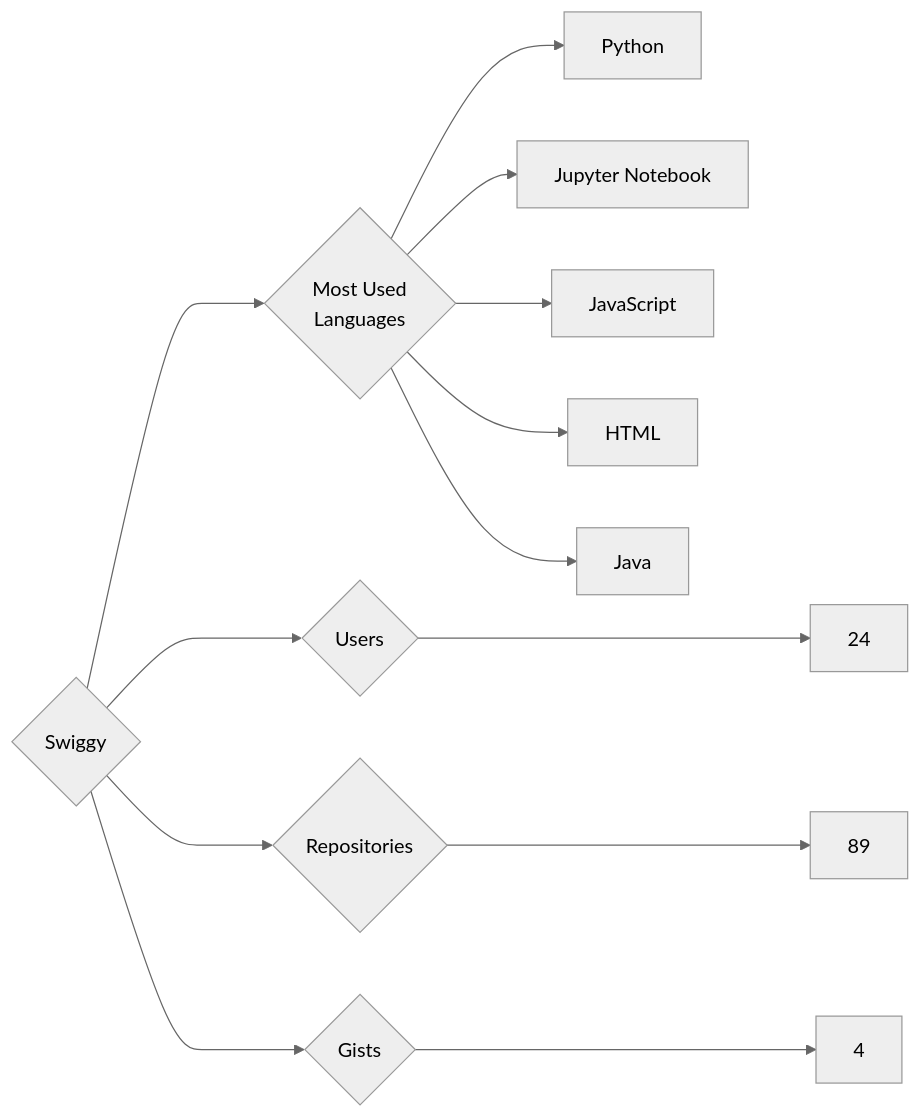
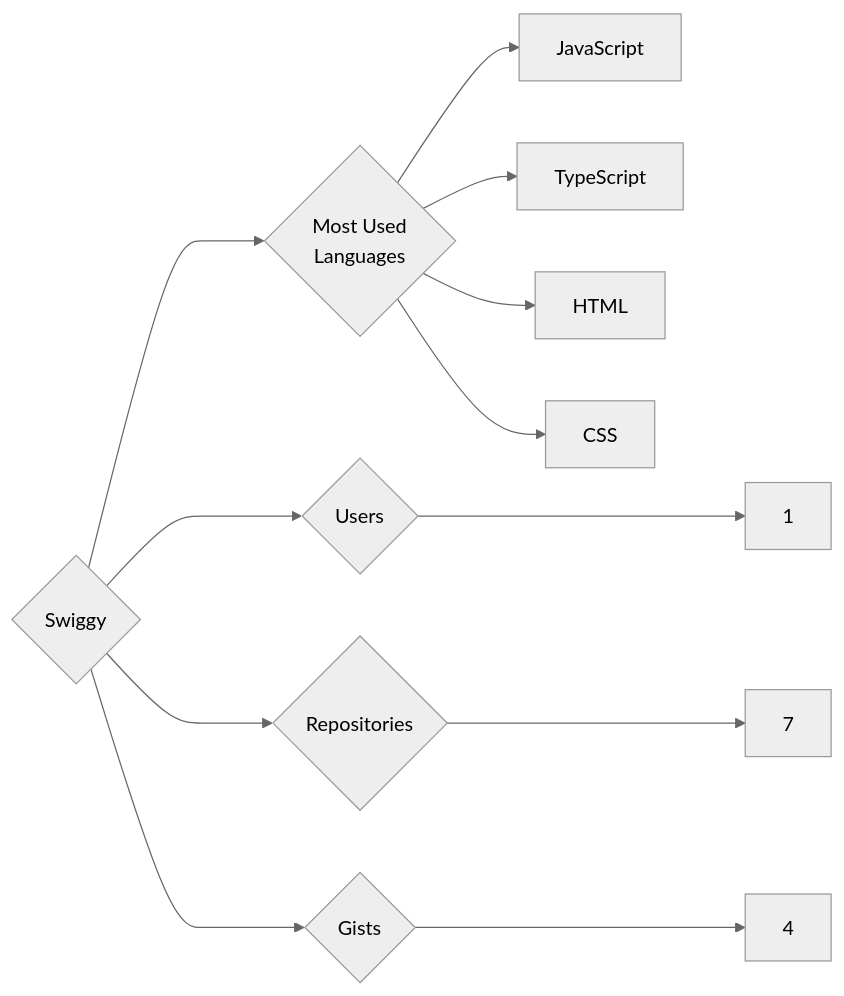
One commit to trickest/insiders changed the diagram in targets/Swiggy/README.md. Above: the diagram before and after it, drawn with Mermaid (neutral theme). The commit also changed 681 other files, not shown here.

````diff
--- a/targets/Swiggy/README.md
+++ b/targets/Swiggy/README.md
@@ -3,13 +3,12 @@
 ```mermaid
 graph LR
 COMPANY_NAME{Swiggy}
-COMPANY_NAME ---> U{Users} ---> UN[24]
-COMPANY_NAME ---> R{Repositories} ---> RN[89]
+COMPANY_NAME ---> U{Users} ---> UN[1]
+COMPANY_NAME ---> R{Repositories} ---> RN[7]
 COMPANY_NAME ---> G{Gists} ---> GN[4]
 COMPANY_NAME ---> ML{Most Used<br>Languages}
-ML --> Python[Python]
-ML --> Jupyter_Notebook[Jupyter Notebook]
 ML --> JavaScript[JavaScript]
+ML --> TypeScript[TypeScript]
 ML --> HTML[HTML]
-ML --> Java[Java]
+ML --> CSS[CSS]
 ```
````
